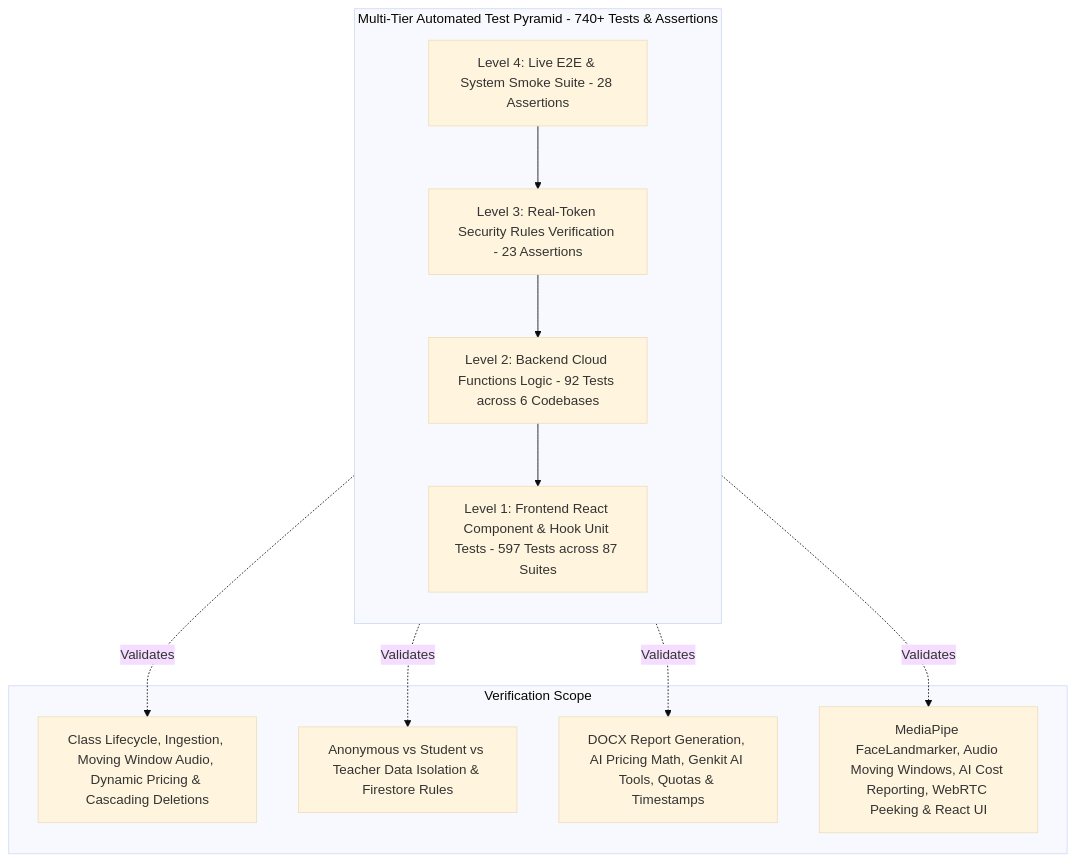
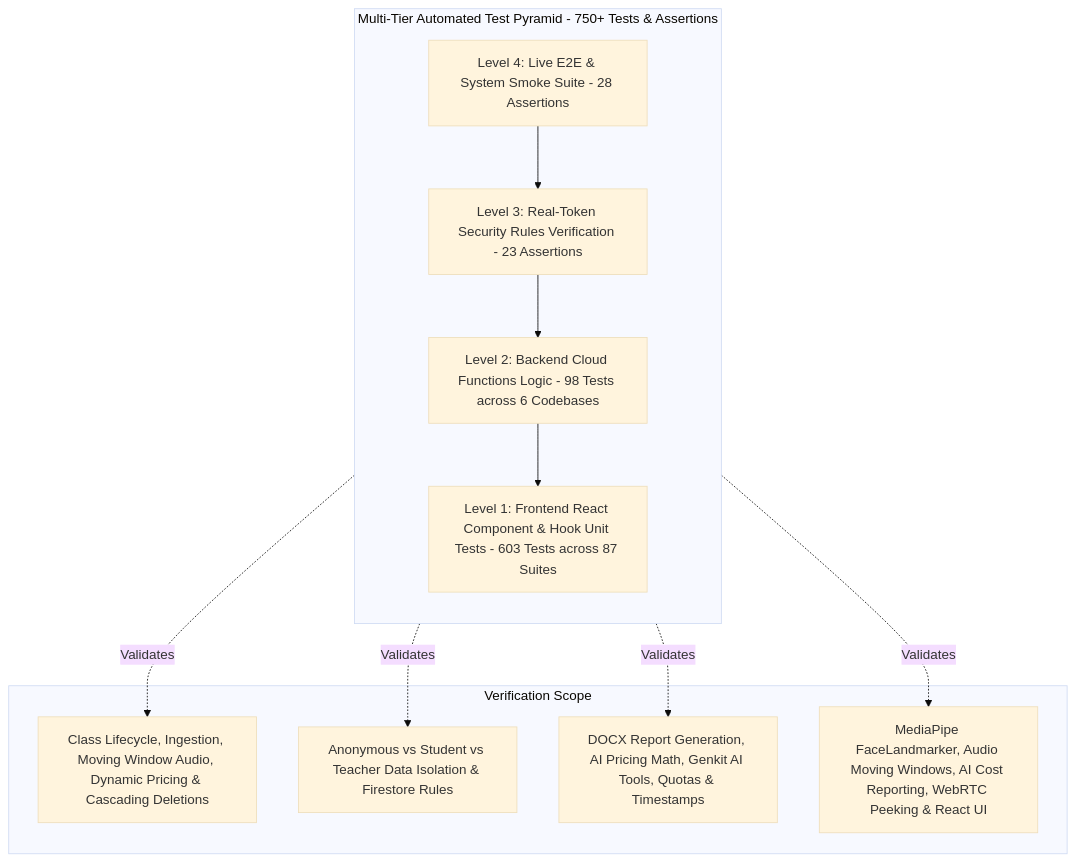
Before and after one commit to wongcyrus/Gemini-AI-Classroom-Assistant: the diagram in docs/testing-strategy-and-coverage.md, drawn with Mermaid (base theme). The commit also changed other lines of this file and 5 other files, not shown here.

````diff
--- a/docs/testing-strategy-and-coverage.md
+++ b/docs/testing-strategy-and-coverage.md
@@ -11,19 +11,19 @@
 ```mermaid
 flowchart TD
-    subgraph Pyramid [Multi-Tier Automated Test Pyramid - 740+ Tests & Assertions]
+    subgraph Pyramid [Multi-Tier Automated Test Pyramid - 750+ Tests & Assertions]
         direction TB
         L4[Level 4: Live E2E & System Smoke Suite - 28 Assertions]
         L3[Level 3: Real-Token Security Rules Verification - 23 Assertions]
-        L2[Level 2: Backend Cloud Functions Logic - 92 Tests across 6 Codebases]
-        L1[Level 1: Frontend React Component & Hook Unit Tests - 597 Tests across 87 Suites]
+        L2[Level 2: Backend Cloud Functions Logic - 98 Tests across 6 Codebases]
+        L1[Level 1: Frontend React Component & Hook Unit Tests - 603 Tests across 87 Suites]
         
         L4 --> L3 --> L2 --> L1
     end
 
     subgraph Details [Verification Scope]
         L4 -.->|Validates| D4[Class Lifecycle, Ingestion, Moving Window Audio, Dynamic Pricing & Cascading Deletions]
         L3 -.->|Validates| D3[Anonymous vs Student vs Teacher Data Isolation & Firestore Rules]
         L2 -.->|Validates| D2[DOCX Report Generation, AI Pricing Math, Genkit AI Tools, Quotas & Timestamps]
         L1 -.->|Validates| D1[MediaPipe FaceLandmarker, Audio Moving Windows, AI Cost Reporting, WebRTC Peeking & React UI]
     end
 ```
````
